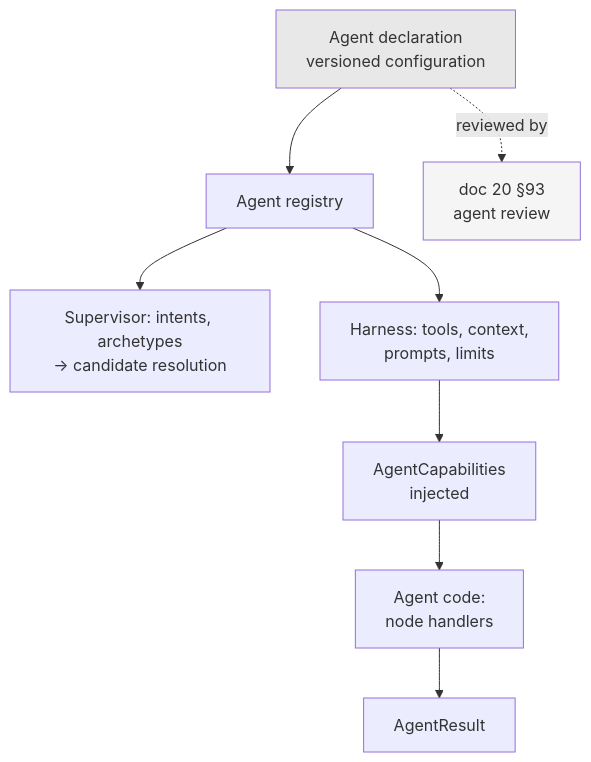
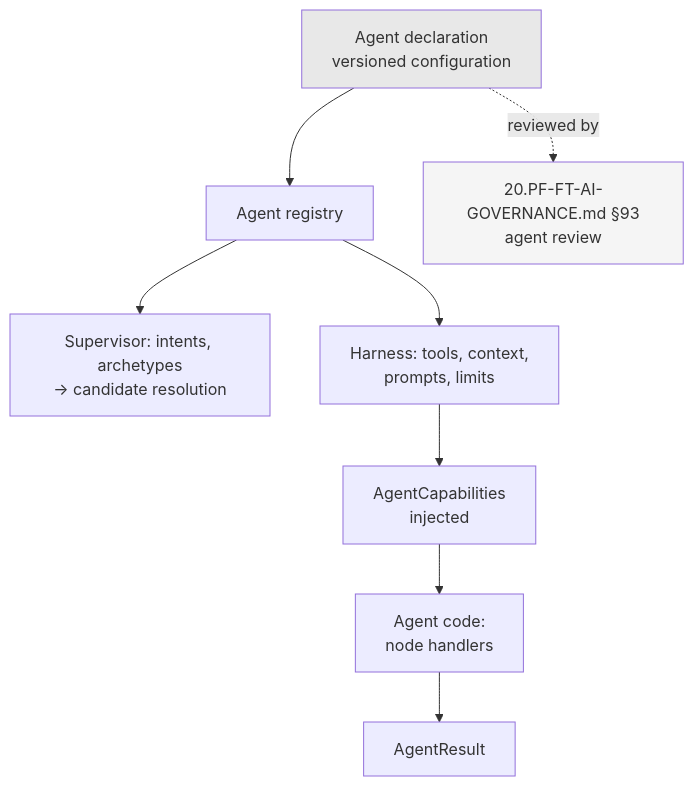
Before and after one commit to gobimca87/PF-FT: the diagram in docs/architecture/adr/03-ai-architecture/ADR-D3-03-agent-contract-and-lifecycle.md, drawn with Mermaid. The commit also changed other lines of this file and 143 other files, not shown here.

````diff
--- a/docs/architecture/adr/03-ai-architecture/ADR-D3-03-agent-contract-and-lifecycle.md
+++ b/docs/architecture/adr/03-ai-architecture/ADR-D3-03-agent-contract-and-lifecycle.md
@@ -373,14 +373,14 @@
 ```mermaid
 flowchart TD
     D[Agent declaration<br/>versioned configuration] --> R[Agent registry]
     R --> S[Supervisor: intents, archetypes<br/>→ candidate resolution]
     R --> H[Harness: tools, context,<br/>prompts, limits]
     H --> C[AgentCapabilities<br/>injected]
     C --> A[Agent code:<br/>node handlers]
     A --> RES[AgentResult]
 
-    D -.reviewed by.-> G[doc 20 §93<br/>agent review]
+    D -.reviewed by.-> G[20.PF-FT-AI-GOVERNANCE.md §93<br/>agent review]
 
     style D fill:#e8e8e8
     style G fill:#f5f5f5
 ```
````
